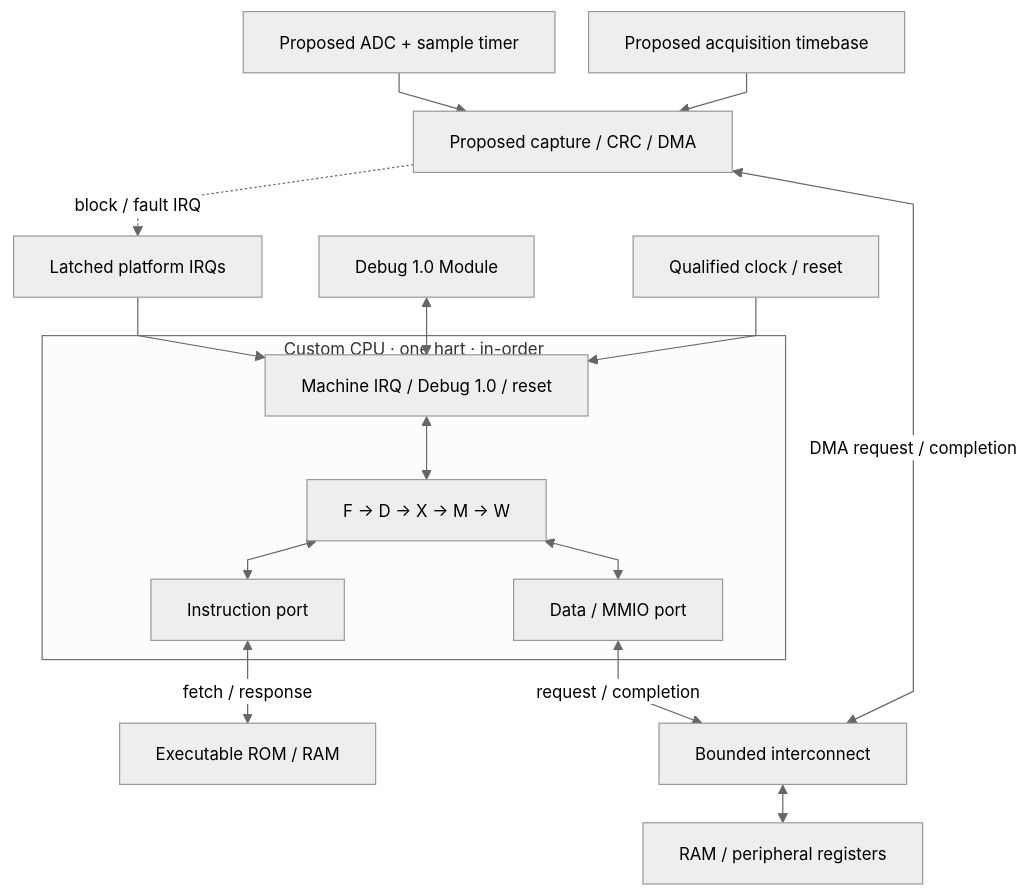
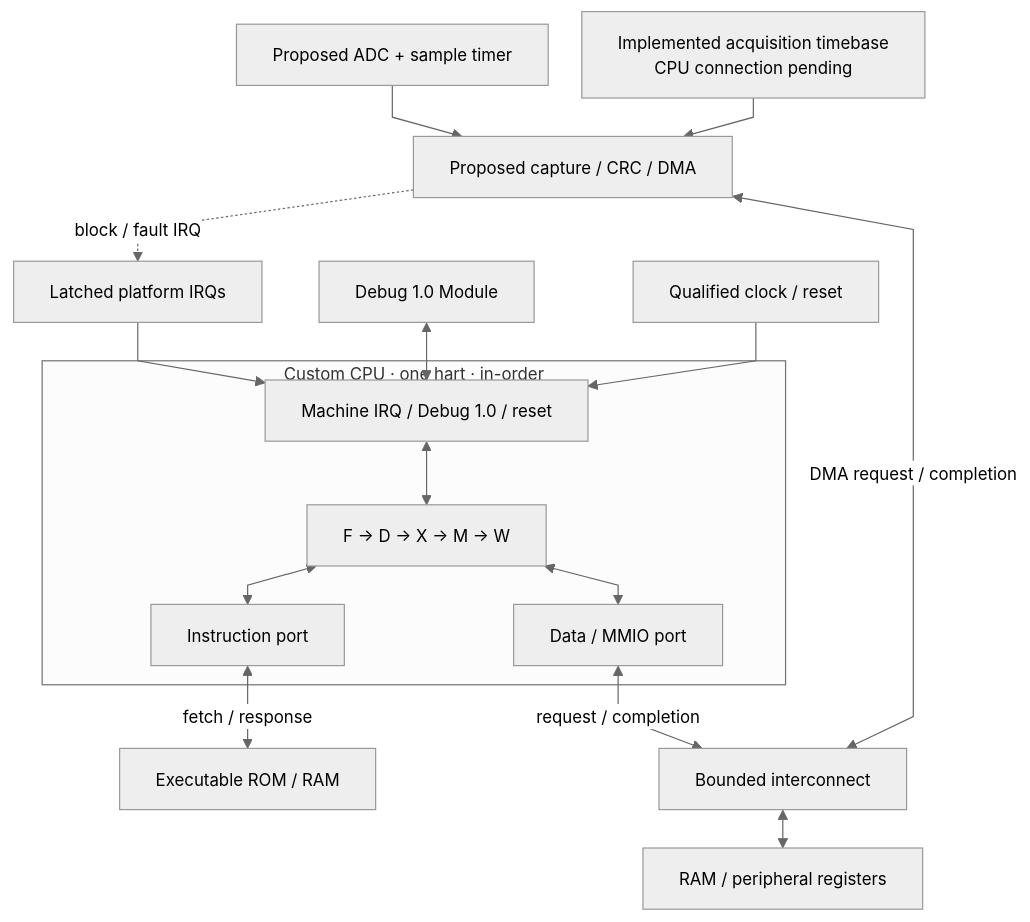
One commit to baolgn/DRG-pain-project changed the first of 24 diagrams in microcontroller/rtl/README.md. Above: the diagram before and after it, drawn with Mermaid. The commit also changed other lines of this file and 203 other files, not shown here.

Commit message:
feat(acquisition): add fixed-grid timebase and scheduler

````diff
--- a/microcontroller/rtl/README.md
+++ b/microcontroller/rtl/README.md
@@ -70,23 +70,23 @@
 ```mermaid
 %%{init: {"theme":"neutral","themeVariables":{"fontFamily":"Arial,sans-serif","fontSize":"14px"},"flowchart":{"htmlLabels":true,"minNodeWidth":0,"wrappingWidth":240,"nodeSpacing":28,"rankSpacing":32,"curve":"linear"}}}%%
 flowchart TB
     subgraph CPU["Custom CPU · one hart · in-order"]
         PIPE["F → D → X → M → W"]
         IF["Instruction port"]
         LSU["Data / MMIO port"]
         CTRL["Machine IRQ / Debug 1.0 / reset"]
         PIPE <--> IF
         PIPE <--> LSU
         CTRL <--> PIPE
     end
     IF <-->|"fetch / response"| IMEM["Executable ROM / RAM"]
     LSU <-->|"request / completion"| BUS["Bounded interconnect"]
     BUS <--> MEM["RAM / peripheral registers"]
     IRQ["Latched platform IRQs"] --> CTRL
     DM["Debug 1.0 Module"] <--> CTRL
     RESET["Qualified clock / reset"] --> CTRL
     ADC["Proposed ADC + sample timer"] --> CAP["Proposed capture / CRC / DMA"]
     CAP <-->|"DMA request / completion"| BUS
     CAP -.->|"block / fault IRQ"| IRQ
-    TIME["Proposed acquisition timebase"] --> CAP
+    TIME["Implemented acquisition timebase<br/>CPU connection pending"] --> CAP
 ```
````
